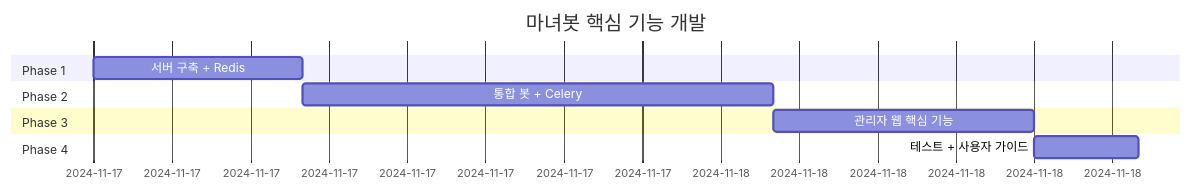
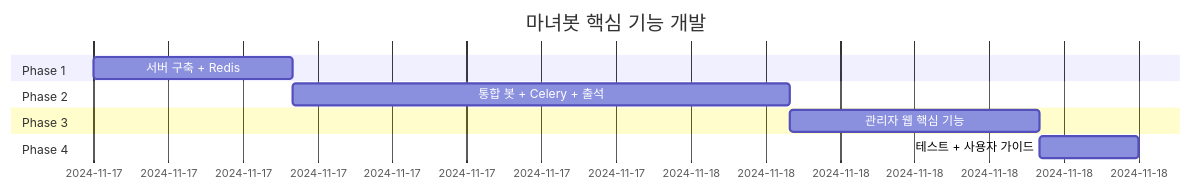
One commit to NinoNinoNinoling/commumanager changed the diagram in docs/로드맵.md. Above: the diagram before and after it, drawn with Mermaid. The commit also changed other lines of this file and 2 other files, not shown here.

````diff
--- a/docs/로드맵.md
+++ b/docs/로드맵.md
@@ -9,13 +9,13 @@
 ```mermaid
 gantt
     title 마녀봇 핵심 기능 개발
     dateFormat  YYYY-MM-DD
     section Phase 1
     서버 구축 + Redis      :p1, 2024-11-17, 8h
     section Phase 2
-    통합 봇 + Celery       :p2, after p1, 18h
+    통합 봇 + Celery + 출석 :p2, after p1, 20h
     section Phase 3
     관리자 웹 핵심 기능    :p3, after p2, 10h
     section Phase 4
     테스트 + 사용자 가이드 :p4, after p3, 4h
 ```
````
